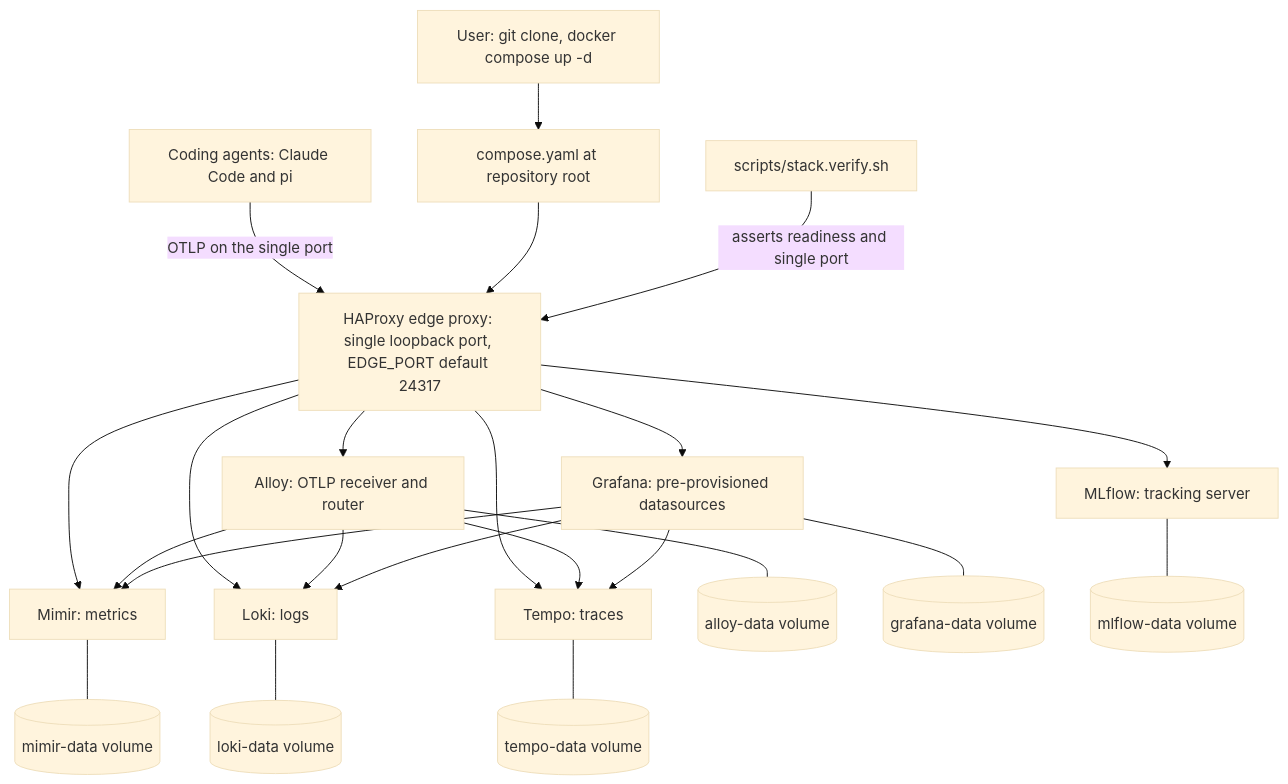
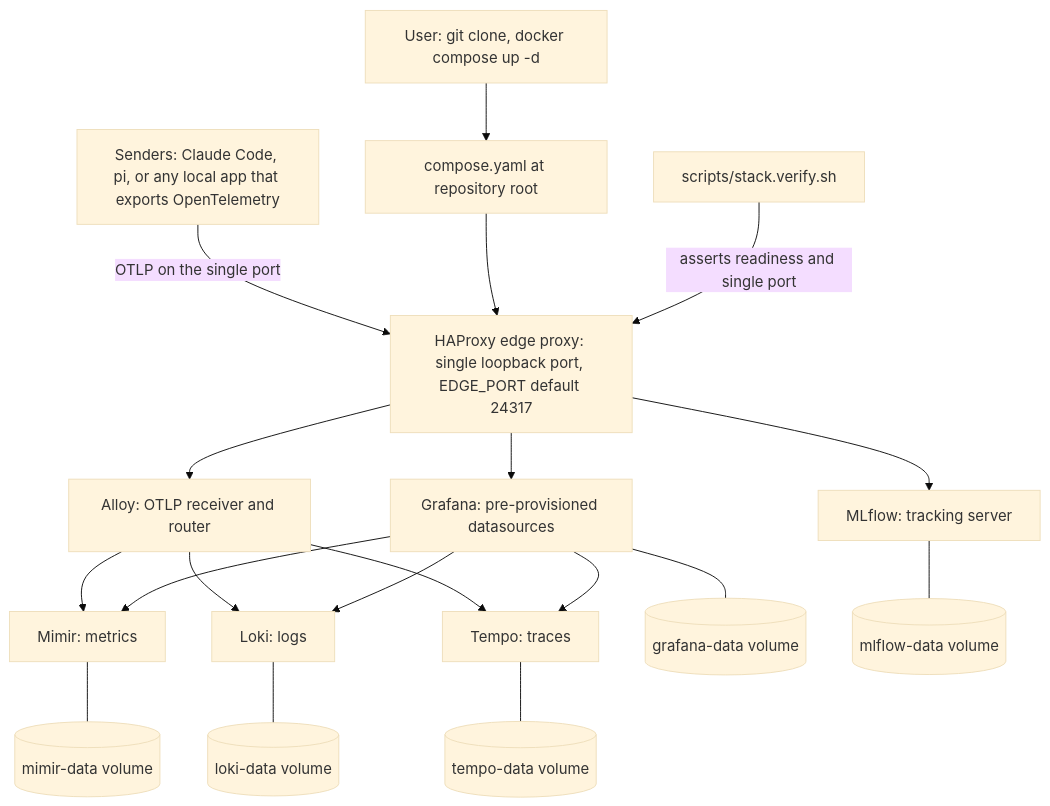
The diagram in README.md (desek/agent-observability), drawn with Mermaid (base theme) before and after one commit. The commit also changed other lines of this file and 2 other files, not shown here.

````diff
--- a/README.md
+++ b/README.md
@@ -28,25 +348,21 @@
 ```mermaid
 flowchart TD
+    SENDERS["Senders: Claude Code, pi, or any local app that exports OpenTelemetry"] -->|"OTLP on the single port"| HAP
     USER["User: git clone, docker compose up -d"] --> COMPOSE["compose.yaml at repository root"]
-    AGENTS["Coding agents: Claude Code and pi"] -->|"OTLP on the single port"| HAP
     COMPOSE --> HAP["HAProxy edge proxy: single loopback port, EDGE_PORT default 24317"]
     HAP --> ALLOY["Alloy: OTLP receiver and router"]
-    HAP --> LOKI["Loki: logs"]
-    HAP --> MIMIR["Mimir: metrics"]
-    HAP --> TEMPO["Tempo: traces"]
     HAP --> GRAFANA["Grafana: pre-provisioned datasources"]
     HAP --> MLFLOW["MLflow: tracking server"]
-    ALLOY --> MIMIR
-    ALLOY --> LOKI
-    ALLOY --> TEMPO
+    ALLOY --> MIMIR["Mimir: metrics"]
+    ALLOY --> LOKI["Loki: logs"]
+    ALLOY --> TEMPO["Tempo: traces"]
+    GRAFANA --> MIMIR
     GRAFANA --> LOKI
-    GRAFANA --> MIMIR
     GRAFANA --> TEMPO
-    ALLOY --- AV[("alloy-data volume")]
+    MIMIR --- MV[("mimir-data volume")]
     LOKI --- LV[("loki-data volume")]
-    MIMIR --- MV[("mimir-data volume")]
     TEMPO --- TV[("tempo-data volume")]
     GRAFANA --- GV[("grafana-data volume")]
     MLFLOW --- MLV[("mlflow-data volume")]
     VERIFY["scripts/stack.verify.sh"] -->|"asserts readiness and single port"| HAP
 ```
````
